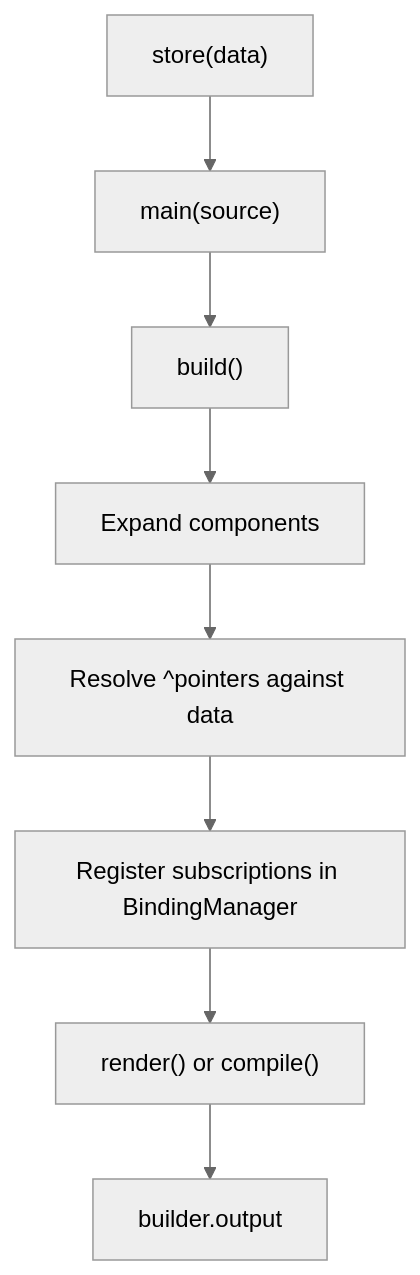
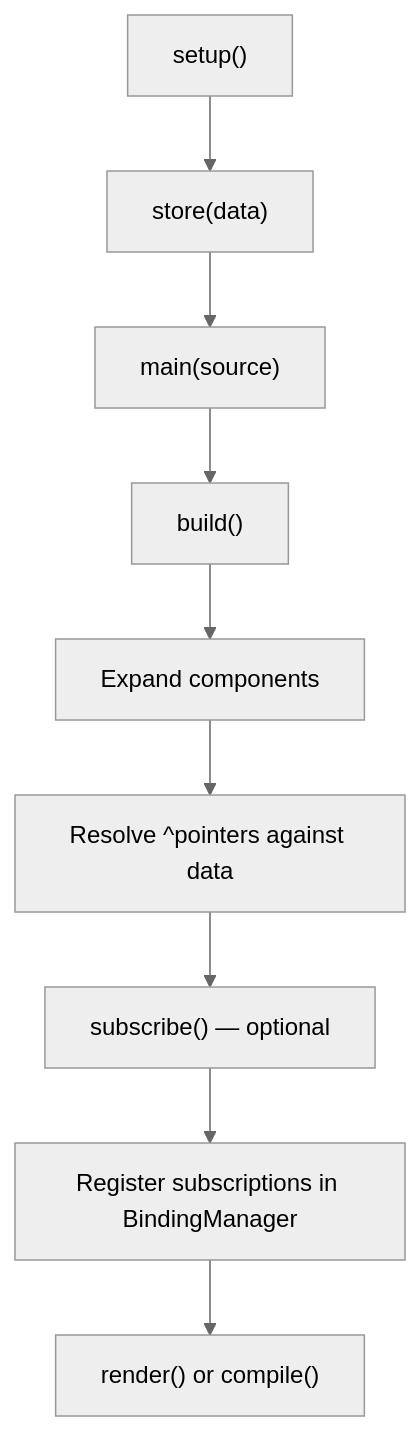
The third of 3 diagrams in docs/builders/architecture.md (genropy/genro-builders), drawn with Mermaid (neutral theme) before and after one commit. The commit also changed other lines of this file and 16 other files, not shown here.

First line of the commit message:
refactor!: builder is a machine — separate setup/build/subscribe/render

````diff
--- a/docs/builders/architecture.md
+++ b/docs/builders/architecture.md
@@ -36,10 +36,11 @@
 ```{mermaid}
 flowchart TB
-    A["store(data)"] --> B["main(source)"]
-    B --> C["build()"]
-    C --> D[Expand components]
-    D --> E["Resolve ^pointers against data"]
-    E --> F[Register subscriptions in BindingManager]
-    F --> G["render() or compile()"]
-    G --> H["builder.output"]
+    A["setup()"] --> B["store(data)"]
+    B --> C["main(source)"]
+    C --> D["build()"]
+    D --> E[Expand components]
+    E --> F["Resolve ^pointers against data"]
+    F --> G["subscribe() — optional"]
+    G --> H[Register subscriptions in BindingManager]
+    H --> I["render() or compile()"]
 ```
````
